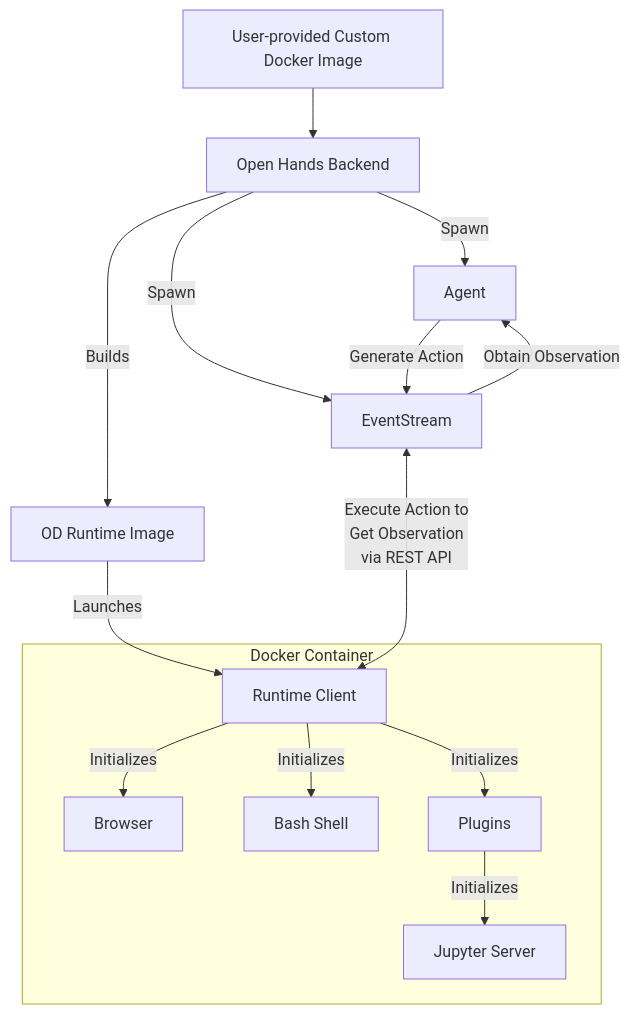
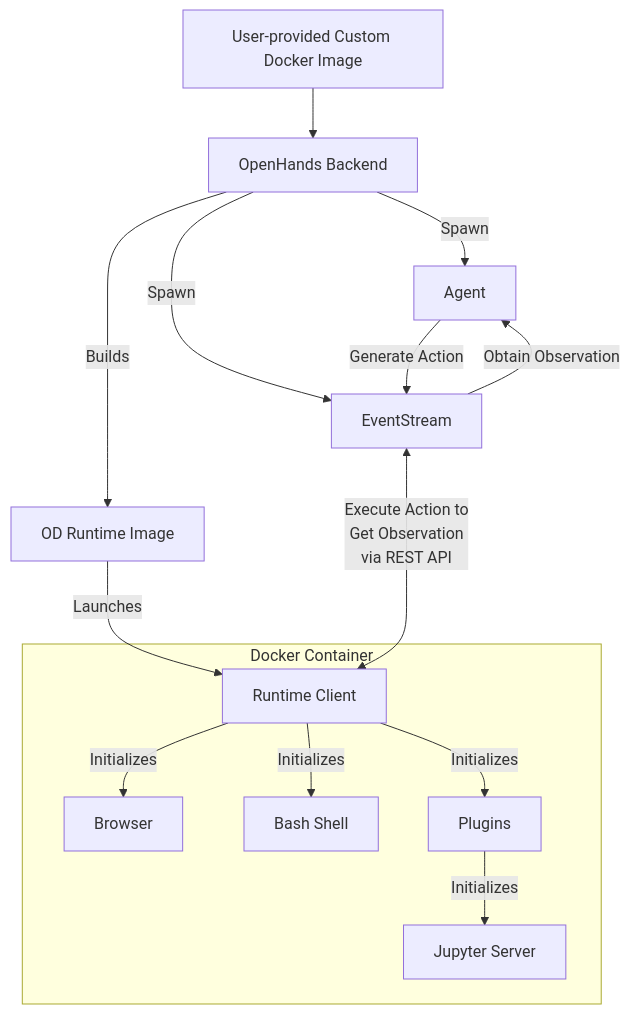
Before and after one commit to All-Hands-AI/OpenHands: the first of 2 diagrams in docs/modules/usage/runtime.md, drawn with Mermaid. The commit also changed other lines of this file and 124 other files, not shown here.

Commit message:
change to OpenHands

````diff
--- a/docs/modules/usage/runtime.md
+++ b/docs/modules/usage/runtime.md
@@ -29,28 +29,28 @@
 ```mermaid
 graph TD
-    A[User-provided Custom Docker Image] --> B[Open Hands Backend]
+    A[User-provided Custom Docker Image] --> B[OpenHands Backend]
     B -->|Builds| C[OD Runtime Image]
     C -->|Launches| D[Runtime Client]
     D -->|Initializes| E[Browser]
     D -->|Initializes| F[Bash Shell]
     D -->|Initializes| G[Plugins]
     G -->|Initializes| L[Jupyter Server]
 
     B -->|Spawn| H[Agent]
     B -->|Spawn| I[EventStream]
     I <--->|Execute Action to
     Get Observation
     via REST API
     | D
 
     H -->|Generate Action| I
     I -->|Obtain Observation| H
 
     subgraph "Docker Container"
     D
     E
     F
     G
     L
     end
 ```
````
